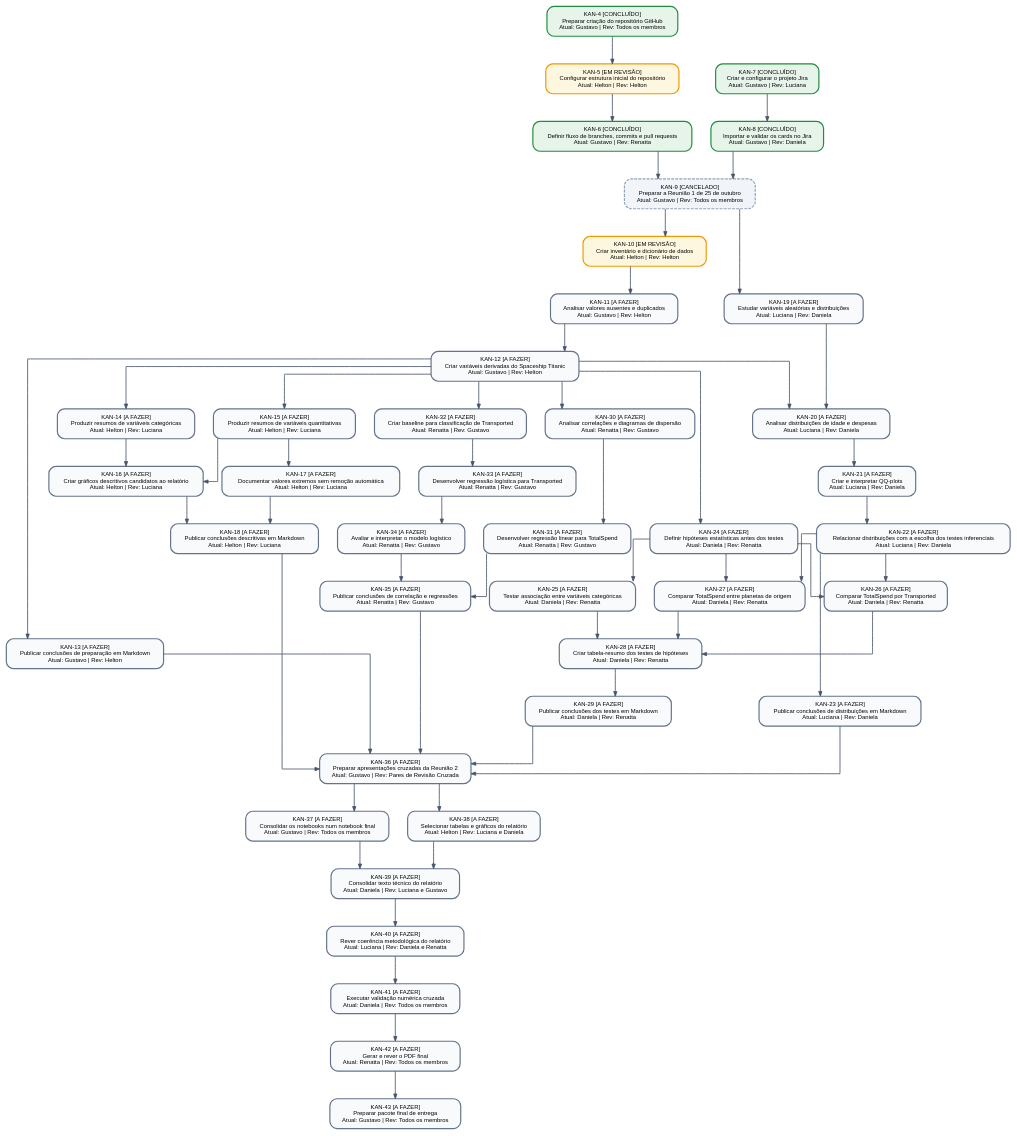
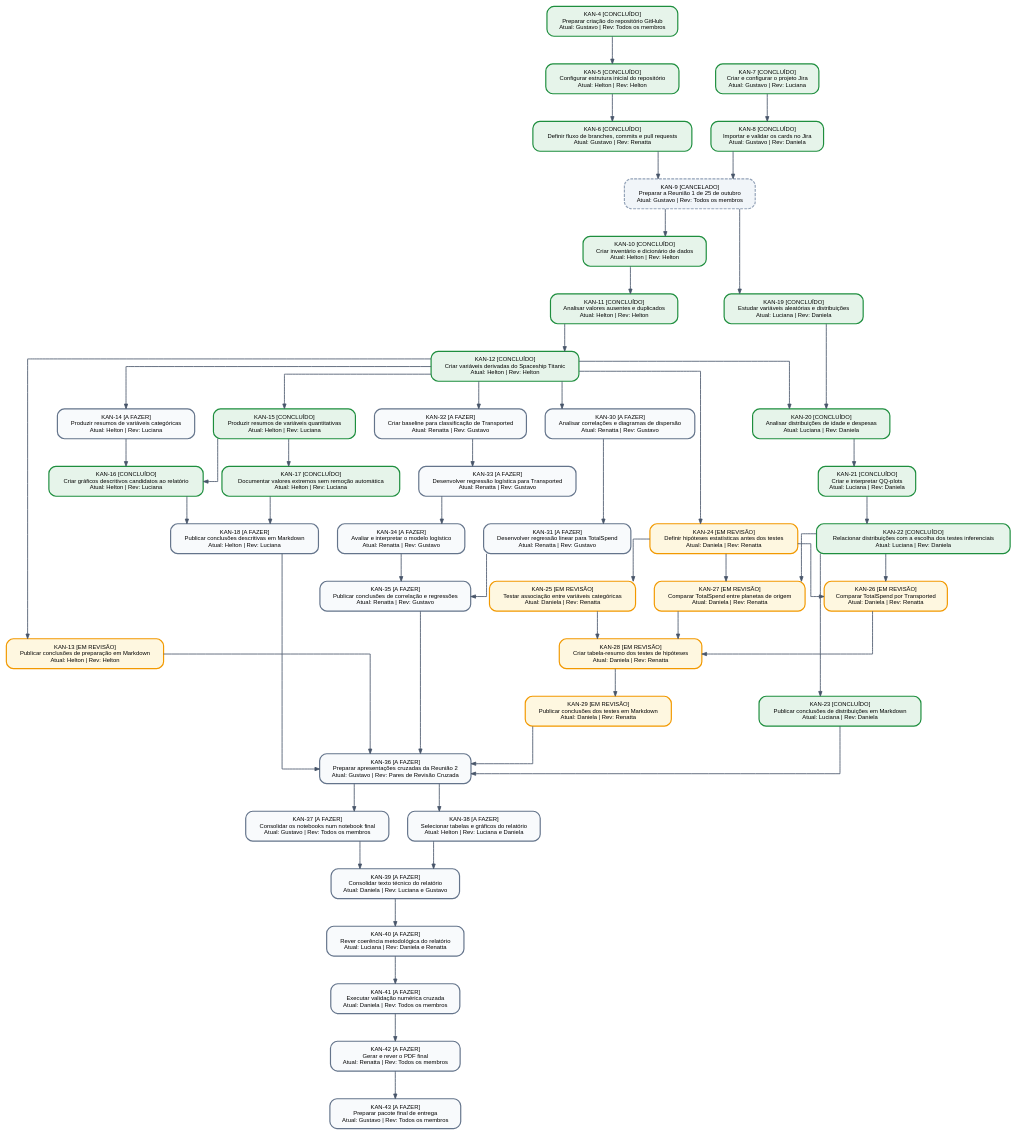
The diagram in docs/mapa_dependencias_jira.dot (gmenezesg/spaceship-titanic-estatistica-posdl), drawn with Graphviz before and after one commit. The commit also changed 6 other files, not shown here.

Commit message:
[KAN-13] Publicar conclusões de preparação de dados em Markdown

```diff
--- a/docs/mapa_dependencias_jira.dot
+++ b/docs/mapa_dependencias_jira.dot
@@ -1,103 +1,103 @@
 digraph JiraDependencyMap {
     rankdir=TB;
     splines=ortho;
     nodesep=0.45;
     ranksep=0.65;
     fontname="Helvetica";
     node [shape=box, style="rounded,filled", fontname="Helvetica", fontsize=10, margin="0.18,0.12", penwidth=2.0];
     edge [color="#475569", penwidth=1.4, arrowsize=0.8];
 
     "KAN-4" [label="KAN-4 [CONCLUÍDO]\nPreparar criação do repositório GitHub\nAtual: Gustavo | Rev: Todos os membros", fillcolor="#E6F4EA", color="#1E8E3E", style="rounded,filled"];
-    "KAN-5" [label="KAN-5 [EM REVISÃO]\nConfigurar estrutura inicial do repositório\nAtual: Helton | Rev: Helton", fillcolor="#FEF7E0", color="#F29900", style="rounded,filled"];
+    "KAN-5" [label="KAN-5 [CONCLUÍDO]\nConfigurar estrutura inicial do repositório\nAtual: Helton | Rev: Helton", fillcolor="#E6F4EA", color="#1E8E3E", style="rounded,filled"];
     "KAN-6" [label="KAN-6 [CONCLUÍDO]\nDefinir fluxo de branches, commits e pull requests\nAtual: Gustavo | Rev: Renatta", fillcolor="#E6F4EA", color="#1E8E3E", style="rounded,filled"];
     "KAN-7" [label="KAN-7 [CONCLUÍDO]\nCriar e configurar o projeto Jira\nAtual: Gustavo | Rev: Luciana", fillcolor="#E6F4EA", color="#1E8E3E", style="rounded,filled"];
     "KAN-8" [label="KAN-8 [CONCLUÍDO]\nImportar e validar os cards no Jira\nAtual: Gustavo | Rev: Daniela", fillcolor="#E6F4EA", color="#1E8E3E", style="rounded,filled"];
     "KAN-9" [label="KAN-9 [CANCELADO]\nPreparar a Reunião 1 de 25 de outubro\nAtual: Gustavo | Rev: Todos os membros", fillcolor="#F1F5F9", color="#94A3B8", style="rounded,filled,dashed"];
-    "KAN-10" [label="KAN-10 [EM REVISÃO]\nCriar inventário e dicionário de dados\nAtual: Helton | Rev: Helton", fillcolor="#FEF7E0", color="#F29900", style="rounded,filled"];
-    "KAN-11" [label="KAN-11 [A FAZER]\nAnalisar valores ausentes e duplicados\nAtual: Gustavo | Rev: Helton", fillcolor="#F8FAFC", color="#64748B", style="rounded,filled"];
-    "KAN-12" [label="KAN-12 [A FAZER]\nCriar variáveis derivadas do Spaceship Titanic\nAtual: Gustavo | Rev: Helton", fillcolor="#F8FAFC", color="#64748B", style="rounded,filled"];
-    "KAN-13" [label="KAN-13 [A FAZER]\nPublicar conclusões de preparação em Markdown\nAtual: Gustavo | Rev: Helton", fillcolor="#F8FAFC", color="#64748B", style="rounded,filled"];
+    "KAN-10" [label="KAN-10 [CONCLUÍDO]\nCriar inventário e dicionário de dados\nAtual: Helton | Rev: Helton", fillcolor="#E6F4EA", color="#1E8E3E", style="rounded,filled"];
+    "KAN-11" [label="KAN-11 [CONCLUÍDO]\nAnalisar valores ausentes e duplicados\nAtual: Helton | Rev: Helton", fillcolor="#E6F4EA", color="#1E8E3E", style="rounded,filled"];
+    "KAN-12" [label="KAN-12 [CONCLUÍDO]\nCriar variáveis derivadas do Spaceship Titanic\nAtual: Helton | Rev: Helton", fillcolor="#E6F4EA", color="#1E8E3E", style="rounded,filled"];
+    "KAN-13" [label="KAN-13 [EM REVISÃO]\nPublicar conclusões de preparação em Markdown\nAtual: Helton | Rev: Helton", fillcolor="#FEF7E0", color="#F29900", style="rounded,filled"];
     "KAN-14" [label="KAN-14 [A FAZER]\nProduzir resumos de variáveis categóricas\nAtual: Helton | Rev: Luciana", fillcolor="#F8FAFC", color="#64748B", style="rounded,filled"];
-    "KAN-15" [label="KAN-15 [A FAZER]\nProduzir resumos de variáveis quantitativas\nAtual: Helton | Rev: Luciana", fillcolor="#F8FAFC", color="#64748B", style="rounded,filled"];
-    "KAN-16" [label="KAN-16 [A FAZER]\nCriar gráficos descritivos candidatos ao relatório\nAtual: Helton | Rev: Luciana", fillcolor="#F8FAFC", color="#64748B", style="rounded,filled"];
-    "KAN-17" [label="KAN-17 [A FAZER]\nDocumentar valores extremos sem remoção automática\nAtual: Helton | Rev: Luciana", fillcolor="#F8FAFC", color="#64748B", style="rounded,filled"];
+    "KAN-15" [label="KAN-15 [CONCLUÍDO]\nProduzir resumos de variáveis quantitativas\nAtual: Helton | Rev: Luciana", fillcolor="#E6F4EA", color="#1E8E3E", style="rounded,filled"];
+    "KAN-16" [label="KAN-16 [CONCLUÍDO]\nCriar gráficos descritivos candidatos ao relatório\nAtual: Helton | Rev: Luciana", fillcolor="#E6F4EA", color="#1E8E3E", style="rounded,filled"];
+    "KAN-17" [label="KAN-17 [CONCLUÍDO]\nDocumentar valores extremos sem remoção automática\nAtual: Helton | Rev: Luciana", fillcolor="#E6F4EA", color="#1E8E3E", style="rounded,filled"];
     "KAN-18" [label="KAN-18 [A FAZER]\nPublicar conclusões descritivas em Markdown\nAtual: Helton | Rev: Luciana", fillcolor="#F8FAFC", color="#64748B", style="rounded,filled"];
-    "KAN-19" [label="KAN-19 [A FAZER]\nEstudar variáveis aleatórias e distribuições\nAtual: Luciana | Rev: Daniela", fillcolor="#F8FAFC", color="#64748B", style="rounded,filled"];
-    "KAN-20" [label="KAN-20 [A FAZER]\nAnalisar distribuições de idade e despesas\nAtual: Luciana | Rev: Daniela", fillcolor="#F8FAFC", color="#64748B", style="rounded,filled"];
-    "KAN-21" [label="KAN-21 [A FAZER]\nCriar e interpretar QQ-plots\nAtual: Luciana | Rev: Daniela", fillcolor="#F8FAFC", color="#64748B", style="rounded,filled"];
-    "KAN-22" [label="KAN-22 [A FAZER]\nRelacionar distribuições com a escolha dos testes inferenciais\nAtual: Luciana | Rev: Daniela", fillcolor="#F8FAFC", color="#64748B", style="rounded,filled"];
-    "KAN-23" [label="KAN-23 [A FAZER]\nPublicar conclusões de distribuições em Markdown\nAtual: Luciana | Rev: Daniela", fillcolor="#F8FAFC", color="#64748B", style="rounded,filled"];
-    "KAN-24" [label="KAN-24 [A FAZER]\nDefinir hipóteses estatísticas antes dos testes\nAtual: Daniela | Rev: Renatta", fillcolor="#F8FAFC", color="#64748B", style="rounded,filled"];
-    "KAN-25" [label="KAN-25 [A FAZER]\nTestar associação entre variáveis categóricas\nAtual: Daniela | Rev: Renatta", fillcolor="#F8FAFC", color="#64748B", style="rounded,filled"];
-    "KAN-26" [label="KAN-26 [A FAZER]\nComparar TotalSpend por Transported\nAtual: Daniela | Rev: Renatta", fillcolor="#F8FAFC", color="#64748B", style="rounded,filled"];
-    "KAN-27" [label="KAN-27 [A FAZER]\nComparar TotalSpend entre planetas de origem\nAtual: Daniela | Rev: Renatta", fillcolor="#F8FAFC", color="#64748B", style="rounded,filled"];
-    "KAN-28" [label="KAN-28 [A FAZER]\nCriar tabela-resumo dos testes de hipóteses\nAtual: Daniela | Rev: Renatta", fillcolor="#F8FAFC", color="#64748B", style="rounded,filled"];
-    "KAN-29" [label="KAN-29 [A FAZER]\nPublicar conclusões dos testes em Markdown\nAtual: Daniela | Rev: Renatta", fillcolor="#F8FAFC", color="#64748B", style="rounded,filled"];
+    "KAN-19" [label="KAN-19 [CONCLUÍDO]\nEstudar variáveis aleatórias e distribuições\nAtual: Luciana | Rev: Daniela", fillcolor="#E6F4EA", color="#1E8E3E", style="rounded,filled"];
+    "KAN-20" [label="KAN-20 [CONCLUÍDO]\nAnalisar distribuições de idade e despesas\nAtual: Luciana | Rev: Daniela", fillcolor="#E6F4EA", color="#1E8E3E", style="rounded,filled"];
+    "KAN-21" [label="KAN-21 [CONCLUÍDO]\nCriar e interpretar QQ-plots\nAtual: Luciana | Rev: Daniela", fillcolor="#E6F4EA", color="#1E8E3E", style="rounded,filled"];
+    "KAN-22" [label="KAN-22 [CONCLUÍDO]\nRelacionar distribuições com a escolha dos testes inferenciais\nAtual: Luciana | Rev: Daniela", fillcolor="#E6F4EA", color="#1E8E3E", style="rounded,filled"];
+    "KAN-23" [label="KAN-23 [CONCLUÍDO]\nPublicar conclusões de distribuições em Markdown\nAtual: Luciana | Rev: Daniela", fillcolor="#E6F4EA", color="#1E8E3E", style="rounded,filled"];
+    "KAN-24" [label="KAN-24 [EM REVISÃO]\nDefinir hipóteses estatísticas antes dos testes\nAtual: Daniela | Rev: Renatta", fillcolor="#FEF7E0", color="#F29900", style="rounded,filled"];
+    "KAN-25" [label="KAN-25 [EM REVISÃO]\nTestar associação entre variáveis categóricas\nAtual: Daniela | Rev: Renatta", fillcolor="#FEF7E0", color="#F29900", style="rounded,filled"];
+    "KAN-26" [label="KAN-26 [EM REVISÃO]\nComparar TotalSpend por Transported\nAtual: Daniela | Rev: Renatta", fillcolor="#FEF7E0", color="#F29900", style="rounded,filled"];
+    "KAN-27" [label="KAN-27 [EM REVISÃO]\nComparar TotalSpend entre planetas de origem\nAtual: Daniela | Rev: Renatta", fillcolor="#FEF7E0", color="#F29900", style="rounded,filled"];
+    "KAN-28" [label="KAN-28 [EM REVISÃO]\nCriar tabela-resumo dos testes de hipóteses\nAtual: Daniela | Rev: Renatta", fillcolor="#FEF7E0", color="#F29900", style="rounded,filled"];
+    "KAN-29" [label="KAN-29 [EM REVISÃO]\nPublicar conclusões dos testes em Markdown\nAtual: Daniela | Rev: Renatta", fillcolor="#FEF7E0", color="#F29900", style="rounded,filled"];
     "KAN-30" [label="KAN-30 [A FAZER]\nAnalisar correlações e diagramas de dispersão\nAtual: Renatta | Rev: Gustavo", fillcolor="#F8FAFC", color="#64748B", style="rounded,filled"];
     "KAN-31" [label="KAN-31 [A FAZER]\nDesenvolver regressão linear para TotalSpend\nAtual: Renatta | Rev: Gustavo", fillcolor="#F8FAFC", color="#64748B", style="rounded,filled"];
     "KAN-32" [label="KAN-32 [A FAZER]\nCriar baseline para classificação de Transported\nAtual: Renatta | Rev: Gustavo", fillcolor="#F8FAFC", color="#64748B", style="rounded,filled"];
     "KAN-33" [label="KAN-33 [A FAZER]\nDesenvolver regressão logística para Transported\nAtual: Renatta | Rev: Gustavo", fillcolor="#F8FAFC", color="#64748B", style="rounded,filled"];
     "KAN-34" [label="KAN-34 [A FAZER]\nAvaliar e interpretar o modelo logístico\nAtual: Renatta | Rev: Gustavo", fillcolor="#F8FAFC", color="#64748B", style="rounded,filled"];
     "KAN-35" [label="KAN-35 [A FAZER]\nPublicar conclusões de correlação e regressões\nAtual: Renatta | Rev: Gustavo", fillcolor="#F8FAFC", color="#64748B", style="rounded,filled"];
     "KAN-36" [label="KAN-36 [A FAZER]\nPreparar apresentações cruzadas da Reunião 2\nAtual: Gustavo | Rev: Pares de Revisão Cruzada", fillcolor="#F8FAFC", color="#64748B", style="rounded,filled"];
     "KAN-37" [label="KAN-37 [A FAZER]\nConsolidar os notebooks num notebook final\nAtual: Gustavo | Rev: Todos os membros", fillcolor="#F8FAFC", color="#64748B", style="rounded,filled"];
     "KAN-38" [label="KAN-38 [A FAZER]\nSelecionar tabelas e gráficos do relatório\nAtual: Helton | Rev: Luciana e Daniela", fillcolor="#F8FAFC", color="#64748B", style="rounded,filled"];
     "KAN-39" [label="KAN-39 [A FAZER]\nConsolidar texto técnico do relatório\nAtual: Daniela | Rev: Luciana e Gustavo", fillcolor="#F8FAFC", color="#64748B", style="rounded,filled"];
     "KAN-40" [label="KAN-40 [A FAZER]\nRever coerência metodológica do relatório\nAtual: Luciana | Rev: Daniela e Renatta", fillcolor="#F8FAFC", color="#64748B", style="rounded,filled"];
     "KAN-41" [label="KAN-41 [A FAZER]\nExecutar validação numérica cruzada\nAtual: Daniela | Rev: Todos os membros", fillcolor="#F8FAFC", color="#64748B", style="rounded,filled"];
     "KAN-42" [label="KAN-42 [A FAZER]\nGerar e rever o PDF final\nAtual: Renatta | Rev: Todos os membros", fillcolor="#F8FAFC", color="#64748B", style="rounded,filled"];
     "KAN-43" [label="KAN-43 [A FAZER]\nPreparar pacote final de entrega\nAtual: Gustavo | Rev: Todos os membros", fillcolor="#F8FAFC", color="#64748B", style="rounded,filled"];
 
     "KAN-4" -> "KAN-5";
     "KAN-5" -> "KAN-6";
     "KAN-7" -> "KAN-8";
     "KAN-6" -> "KAN-9";
     "KAN-8" -> "KAN-9";
     "KAN-9" -> "KAN-10";
     "KAN-10" -> "KAN-11";
     "KAN-11" -> "KAN-12";
     "KAN-12" -> "KAN-13";
     "KAN-12" -> "KAN-14";
     "KAN-12" -> "KAN-15";
     "KAN-14" -> "KAN-16";
     "KAN-15" -> "KAN-16";
     "KAN-15" -> "KAN-17";
     "KAN-16" -> "KAN-18";
     "KAN-17" -> "KAN-18";
     "KAN-9" -> "KAN-19";
     "KAN-12" -> "KAN-20";
     "KAN-19" -> "KAN-20";
     "KAN-20" -> "KAN-21";
     "KAN-21" -> "KAN-22";
     "KAN-22" -> "KAN-23";
     "KAN-12" -> "KAN-24";
     "KAN-24" -> "KAN-25";
     "KAN-22" -> "KAN-26";
     "KAN-24" -> "KAN-26";
     "KAN-22" -> "KAN-27";
     "KAN-24" -> "KAN-27";
     "KAN-25" -> "KAN-28";
     "KAN-26" -> "KAN-28";
     "KAN-27" -> "KAN-28";
     "KAN-28" -> "KAN-29";
     "KAN-12" -> "KAN-30";
     "KAN-30" -> "KAN-31";
     "KAN-12" -> "KAN-32";
     "KAN-32" -> "KAN-33";
     "KAN-33" -> "KAN-34";
     "KAN-34" -> "KAN-35";
     "KAN-31" -> "KAN-35";
     "KAN-13" -> "KAN-36";
     "KAN-18" -> "KAN-36";
     "KAN-23" -> "KAN-36";
     "KAN-29" -> "KAN-36";
     "KAN-35" -> "KAN-36";
     "KAN-36" -> "KAN-37";
     "KAN-36" -> "KAN-38";
     "KAN-37" -> "KAN-39";
     "KAN-38" -> "KAN-39";
     "KAN-39" -> "KAN-40";
     "KAN-40" -> "KAN-41";
     "KAN-41" -> "KAN-42";
     "KAN-42" -> "KAN-43";
 }
```
